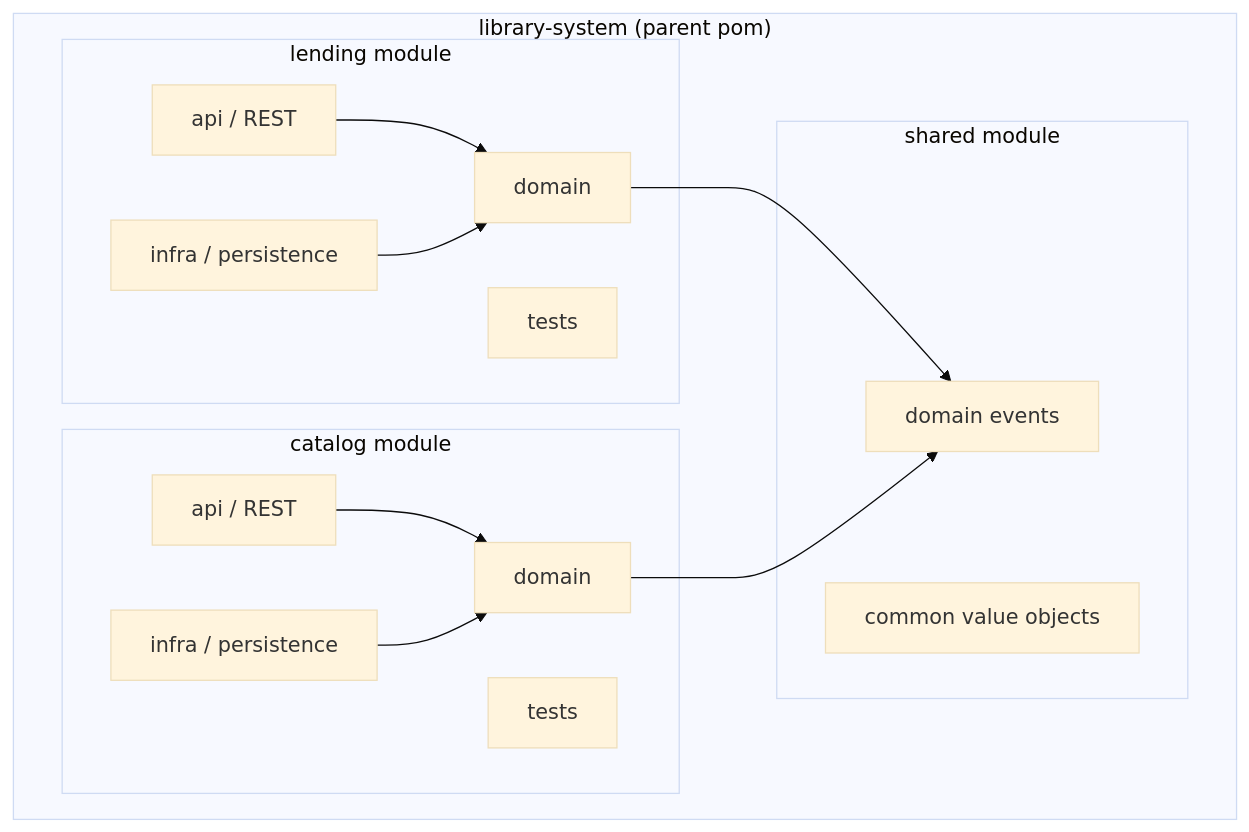
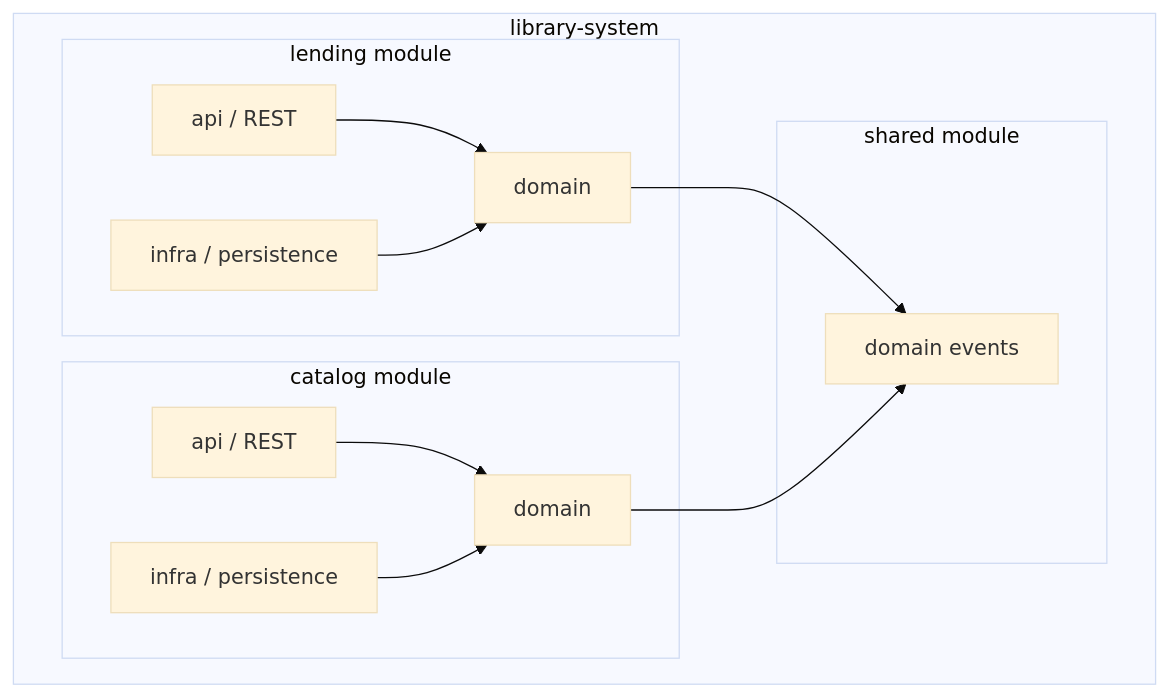
The second of 2 diagrams in docs/architecture/target-architecture.md (maurizio100/library-system), drawn with Mermaid (base theme) before and after one commit. The commit also changed other lines of this file and 8 other files, not shown here.

````diff
--- a/docs/architecture/target-architecture.md
+++ b/docs/architecture/target-architecture.md
@@ -18,28 +18,25 @@
 ```mermaid
 graph TB
-  subgraph "library-system (parent pom)"
+  subgraph "library-system"
     subgraph "catalog module"
       CD[domain]
       CA[api / REST]
       CI[infra / persistence]
-      CT[tests]
     end
     subgraph "lending module"
       LD[domain]
       LA[api / REST]
       LI[infra / persistence]
-      LT[tests]
     end
     subgraph "shared module"
       SE[domain events]
-      SC[common value objects]
     end
   end
 
   CA --> CD
   CI --> CD
   LA --> LD
   LI --> LD
   LD --> SE
   CD --> SE
 ```
````
